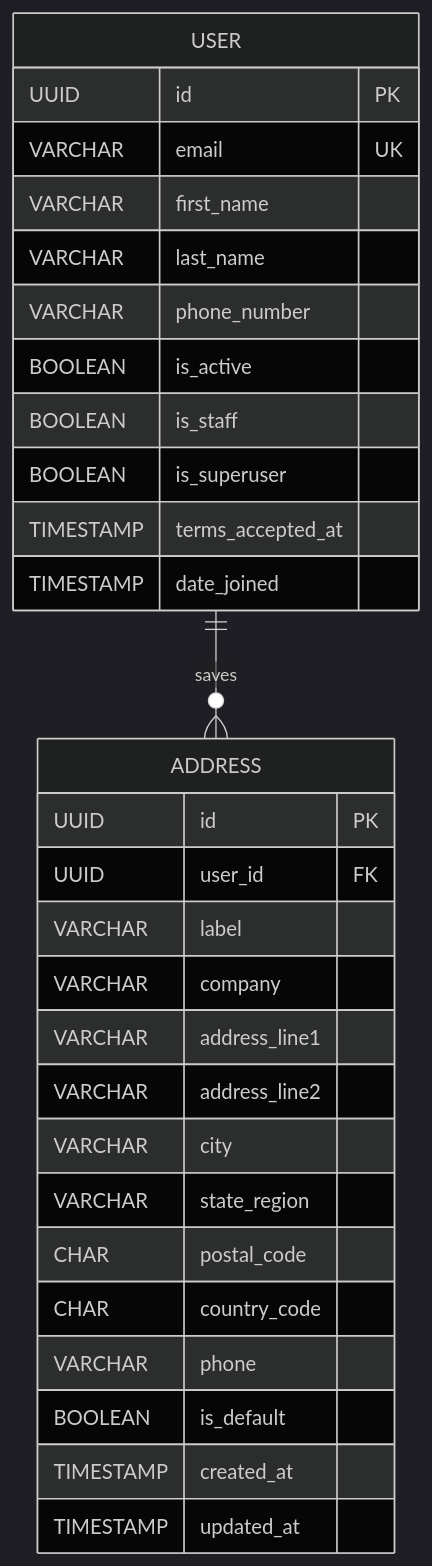
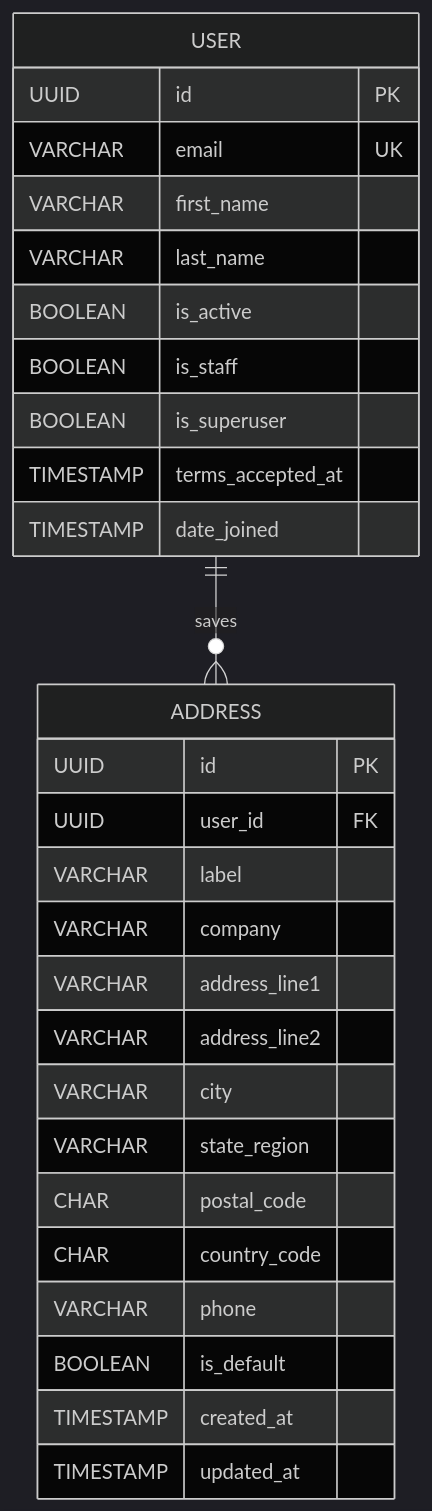
One commit to jisnasree/BookBloom changed the diagram in docs/features/account/account-database-architecture.md. Above: the diagram before and after it, drawn with Mermaid (dark theme). The commit also changed other lines of this file and 24 other files, not shown here.

````diff
--- a/docs/features/account/account-database-architecture.md
+++ b/docs/features/account/account-database-architecture.md
@@ -57,32 +56,31 @@
 ```mermaid
 erDiagram
     USER ||--o{ ADDRESS : saves
     USER {
         UUID id PK
         VARCHAR email UK
         VARCHAR first_name
         VARCHAR last_name
-        VARCHAR phone_number
         BOOLEAN is_active
         BOOLEAN is_staff
         BOOLEAN is_superuser
         TIMESTAMP terms_accepted_at
         TIMESTAMP date_joined
     }
     ADDRESS {
         UUID id PK
         UUID user_id FK
         VARCHAR label
         VARCHAR company
         VARCHAR address_line1
         VARCHAR address_line2
         VARCHAR city
         VARCHAR state_region
         CHAR postal_code
         CHAR country_code
         VARCHAR phone
         BOOLEAN is_default
         TIMESTAMP created_at
         TIMESTAMP updated_at
     }
 ```
````
